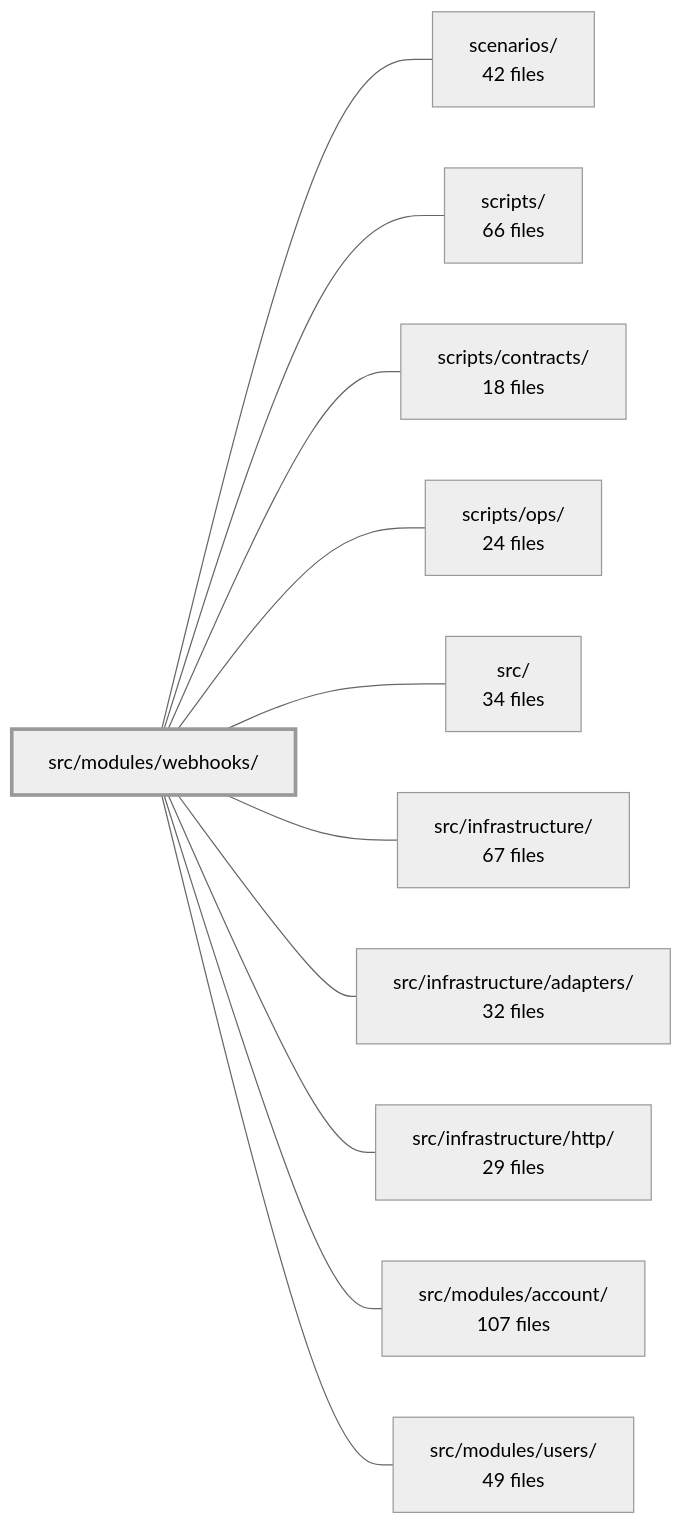
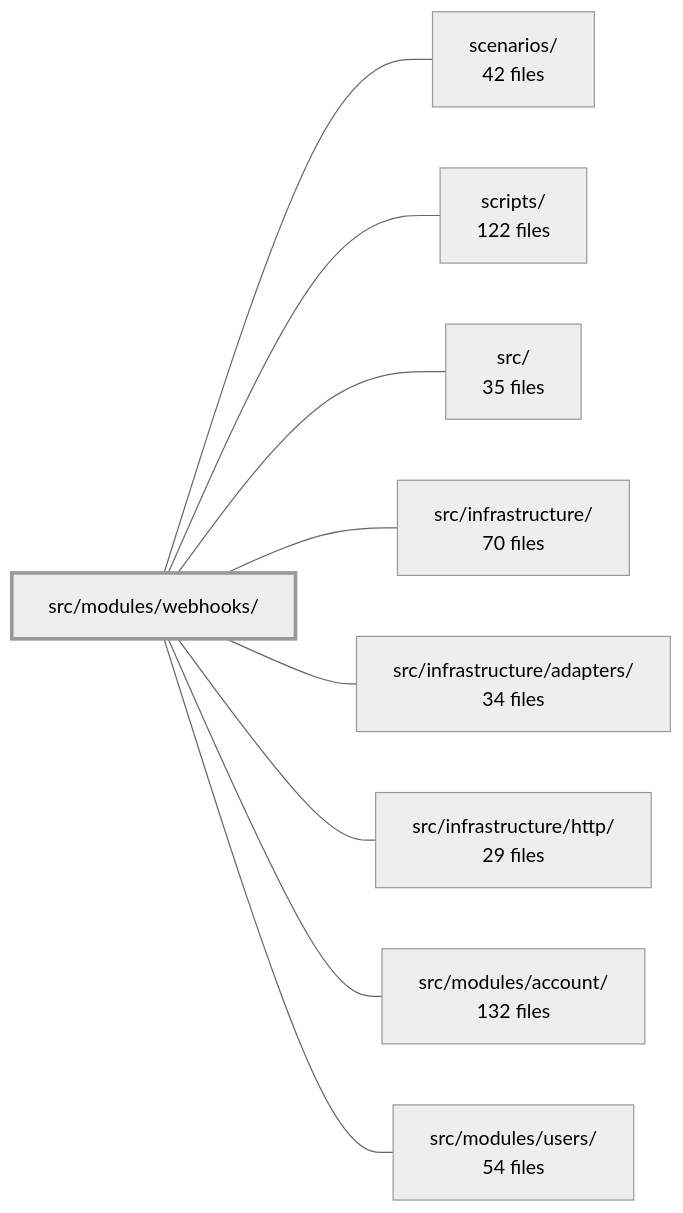
Before and after one commit to Guebbit/boilerplate-node-backend: the diagram in .2brain/modules/boilerplate-node-backend_src_modules_webhooks.md, drawn with Mermaid (neutral theme). The commit also changed other lines of this file and 32 other files, not shown here.

````diff
--- a/.2brain/modules/boilerplate-node-backend_src_modules_webhooks.md
+++ b/.2brain/modules/boilerplate-node-backend_src_modules_webhooks.md
@@ -44,25 +44,21 @@
 ```mermaid
 flowchart LR
     m_src_modules_webhooks["src/modules/webhooks/"]
     m_scenarios["scenarios/<br/>42 files"]
-    m_scripts["scripts/<br/>66 files"]
-    m_scripts_contracts["scripts/contracts/<br/>18 files"]
-    m_scripts_ops["scripts/ops/<br/>24 files"]
-    m_src["src/<br/>34 files"]
-    m_src_infrastructure["src/infrastructure/<br/>67 files"]
-    m_src_infrastructure_adapters["src/infrastructure/adapters/<br/>32 files"]
+    m_scripts["scripts/<br/>122 files"]
+    m_src["src/<br/>35 files"]
+    m_src_infrastructure["src/infrastructure/<br/>70 files"]
+    m_src_infrastructure_adapters["src/infrastructure/adapters/<br/>34 files"]
     m_src_infrastructure_http["src/infrastructure/http/<br/>29 files"]
-    m_src_modules_account["src/modules/account/<br/>107 files"]
-    m_src_modules_users["src/modules/users/<br/>49 files"]
+    m_src_modules_account["src/modules/account/<br/>132 files"]
+    m_src_modules_users["src/modules/users/<br/>54 files"]
     m_src_modules_webhooks --- m_scenarios
     m_src_modules_webhooks --- m_scripts
-    m_src_modules_webhooks --- m_scripts_contracts
-    m_src_modules_webhooks --- m_scripts_ops
     m_src_modules_webhooks --- m_src
     m_src_modules_webhooks --- m_src_infrastructure
     m_src_modules_webhooks --- m_src_infrastructure_adapters
     m_src_modules_webhooks --- m_src_infrastructure_http
     m_src_modules_webhooks --- m_src_modules_account
     m_src_modules_webhooks --- m_src_modules_users
     style m_src_modules_webhooks stroke-width:3px
 ```
````
